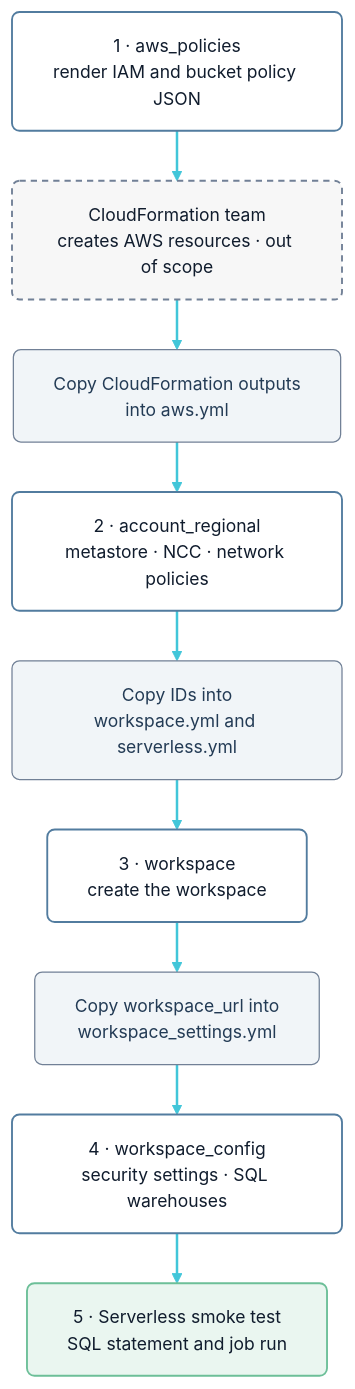
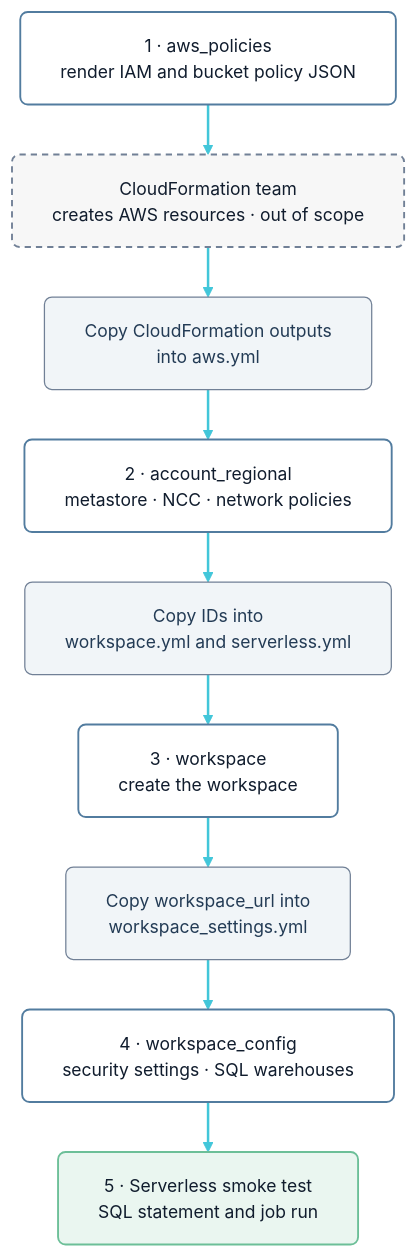
One commit to tanveer-singh-db/terraform_databricks_workspace_deployment_aws changed the third of 3 diagrams in README.md. Above: the diagram before and after it, drawn with Mermaid. The commit also changed other lines of this file, not shown here.

Commit message:
docs: apply Open Sans typography from Arctic Signal design system to diagrams

````diff
--- a/README.md
+++ b/README.md
@@ -131,22 +131,22 @@
 ```mermaid
-%%{init: {"theme": "base", "themeVariables": {"fontFamily": "Inter, Arial, Helvetica, sans-serif", "fontSize": "14px", "background": "#FFFFFF", "primaryColor": "#FFFFFF", "primaryTextColor": "#101C2D", "primaryBorderColor": "#D5E0E9", "lineColor": "#42C6D9", "edgeLabelBackground": "#FFFFFF"}, "flowchart": {"curve": "linear", "nodeSpacing": 32, "rankSpacing": 40, "padding": 16}}}%%
+%%{init: {"theme": "base", "fontFamily": "Open Sans, Arial, Helvetica, sans-serif", "themeVariables": {"fontFamily": "Open Sans, Arial, Helvetica, sans-serif", "fontSize": "14px", "background": "#FFFFFF", "primaryColor": "#FFFFFF", "primaryTextColor": "#101C2D", "primaryBorderColor": "#D5E0E9", "lineColor": "#42C6D9", "edgeLabelBackground": "#FFFFFF", "secondaryColor": "#F7FAFC", "secondaryTextColor": "#233B55", "secondaryBorderColor": "#9DC8E5", "tertiaryColor": "#FFFFFF", "textColor": "#101C2D"}, "flowchart": {"curve": "linear", "wrappingWidth": 360, "nodeSpacing": 32, "rankSpacing": 40, "padding": 16}}}%%
 flowchart TB
     S1["1 · aws_policies<br/>render IAM and bucket policy JSON"]:::tf
     S2["CloudFormation team<br/>creates AWS resources · out of scope"]:::external
     S3["Copy CloudFormation outputs<br/>into aws.yml"]:::manual
     S4["2 · account_regional<br/>metastore · NCC · network policies"]:::tf
     S5["Copy IDs into<br/>workspace.yml and serverless.yml"]:::manual
     S6["3 · workspace<br/>create the workspace"]:::tf
     S7["Copy workspace_url into<br/>workspace_settings.yml"]:::manual
     S8["4 · workspace_config<br/>security settings · SQL warehouses"]:::tf
     S9["5 · Serverless smoke test<br/>SQL statement and job run"]:::healthy
 
     S1 --> S2 --> S3 --> S4 --> S5 --> S6 --> S7 --> S8 --> S9
 
     classDef tf fill:#FFFFFF,stroke:#527C9F,stroke-width:1.5px,color:#101C2D,rx:6,ry:6
     classDef manual fill:#F1F5F8,stroke:#718096,stroke-width:1px,color:#233B55,rx:6,ry:6
     classDef external fill:#F7F7F7,stroke:#718096,stroke-width:1.5px,stroke-dasharray:5 4,color:#101C2D,rx:6,ry:6
     classDef healthy fill:#EAF6F0,stroke:#6CBF98,stroke-width:1.5px,color:#101C2D,rx:6,ry:6
 
     linkStyle default stroke:#42C6D9,stroke-width:2px
 ```
````
